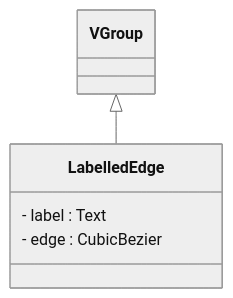
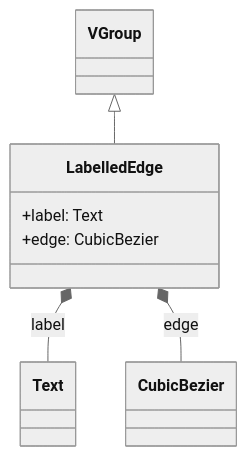
One commit to agryman/instant-insanity changed the diagram in docs/uml.md. Above: the diagram before and after it, drawn with Mermaid (neutral theme). The commit also changed other lines of this file, not shown here.

````diff
--- a/docs/uml.md
+++ b/docs/uml.md
@@ -8,12 +9,17 @@
 ```mermaid
 classDiagram
     VGroup <|-- LabelledEdge
 
-    class VGroup {
+    class VGroup
+
+    class LabelledEdge {
+        +label: Text
+        +edge: CubicBezier
     }
 
-    class LabelledEdge {
-        - label : Text
-        - edge : CubicBezier
-    }
+    class Text
+    class CubicBezier
+
+    LabelledEdge *-- Text : label
+    LabelledEdge *-- CubicBezier : edge
 ```
````
